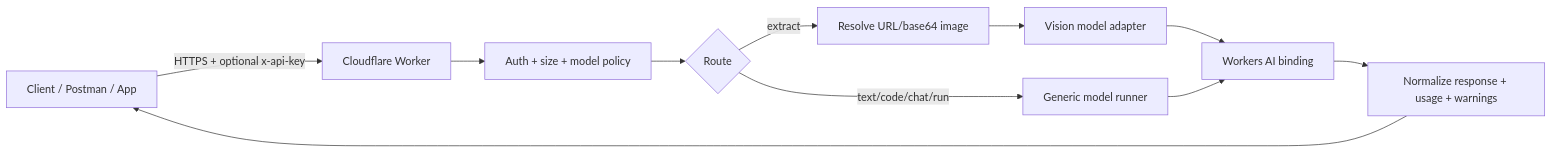
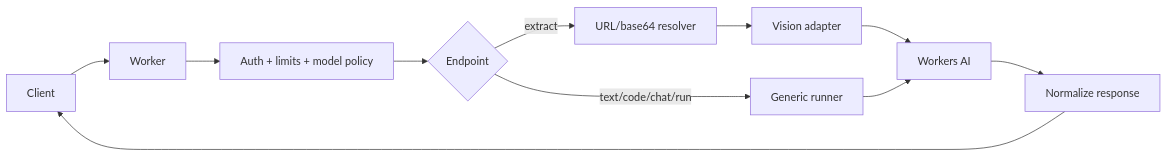
One commit to oh250515-ai/cloudfare-worker-image-hos changed the first of 2 diagrams in README.md. Above: the diagram before and after it, drawn with Mermaid. The commit also changed other lines of this file and 2 other files, not shown here.

Commit message:
feat: add Deploy to Cloudflare and public config fallback

````diff
--- a/README.md
+++ b/README.md
@@ -28,13 +101,13 @@
 ```mermaid
 flowchart LR
-  Client[Client / Postman / App] -->|HTTPS + optional x-api-key| Worker[Cloudflare Worker]
-  Worker --> Auth[Auth + size + model policy]
-  Auth --> Router{Route}
-  Router -->|extract| Image[Resolve URL/base64 image]
-  Image --> Adapter[Vision model adapter]
-  Adapter --> AI[Workers AI binding]
-  Router -->|text/code/chat/run| Runner[Generic model runner]
+  Client --> Worker
+  Worker --> Auth[Auth + limits + model policy]
+  Auth --> Route{Endpoint}
+  Route -->|extract| Image[URL/base64 resolver]
+  Image --> Adapter[Vision adapter]
+  Route -->|text/code/chat/run| Runner[Generic runner]
+  Adapter --> AI[Workers AI]
   Runner --> AI
-  AI --> Normalize[Normalize response + usage + warnings]
+  AI --> Normalize[Normalize response]
   Normalize --> Client
 ```
````
